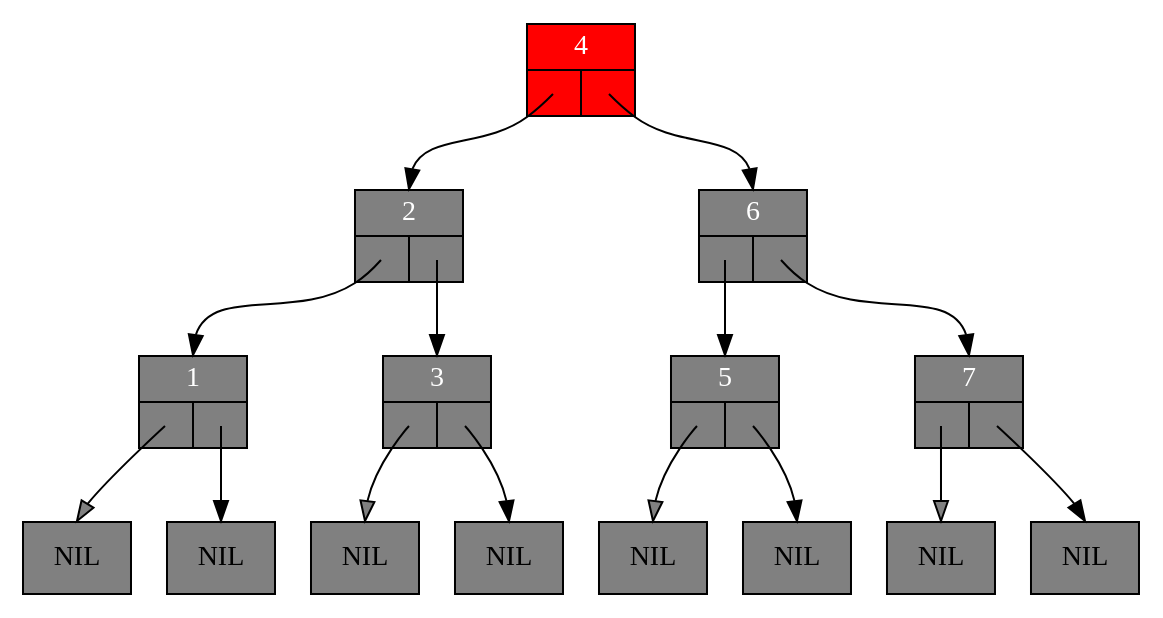
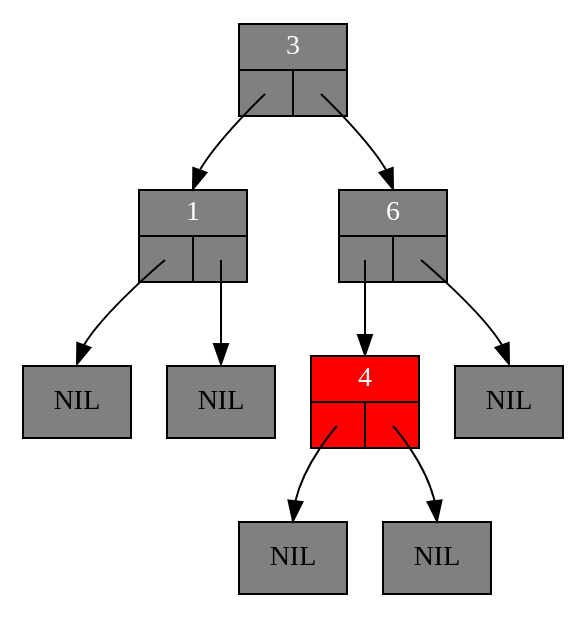
One commit to NOTuglyduckling/C changed the diagram in Algo3/base_code_lab6/Code/thetree-3.dot. Above: the diagram before and after it, drawn with Graphviz. The commit also changed 66 other files, not shown here.

```diff
--- a/Algo3/base_code_lab6/Code/thetree-3.dot
+++ b/Algo3/base_code_lab6/Code/thetree-3.dot
@@ -1,35 +1,23 @@
 digraph RedBlackTree {
 	graph [ranksep=0.5];
 	node [shape = record];
 
 	n1 [style=filled, fillcolor=grey, fontcolor=white, label="{1|{<left>|<right>}}"];
 	lnil1 [style=filled, fillcolor=grey, label="NIL"];
-	n1:left:c -> lnil1:n [fillcolor=grey, headclip=false, tailclip=false]
+	n1:left:c -> lnil1:n [headclip=false, tailclip=false]
 	rnil1 [style=filled, fillcolor=grey, label="NIL"];
 	n1:right:c -> rnil1:n [headclip=false, tailclip=false]
-	n2 [style=filled, fillcolor=grey, fontcolor=white, label="{2|{<left>|<right>}}"];
-	n2:left:c -> n1:n [headclip=false, tailclip=false]
-	n2:right:c -> n3:n [headclip=false, tailclip=false]
 	n3 [style=filled, fillcolor=grey, fontcolor=white, label="{3|{<left>|<right>}}"];
-	lnil3 [style=filled, fillcolor=grey, label="NIL"];
-	n3:left:c -> lnil3:n [fillcolor=grey, headclip=false, tailclip=false]
-	rnil3 [style=filled, fillcolor=grey, label="NIL"];
-	n3:right:c -> rnil3:n [headclip=false, tailclip=false]
+	n3:left:c -> n1:n [headclip=false, tailclip=false]
+	n3:right:c -> n6:n [headclip=false, tailclip=false]
 	n4 [style=filled, fillcolor=red, fontcolor=white, label="{4|{<left>|<right>}}"];
-	n4:left:c -> n2:n [headclip=false, tailclip=false]
-	n4:right:c -> n6:n [headclip=false, tailclip=false]
-	n5 [style=filled, fillcolor=grey, fontcolor=white, label="{5|{<left>|<right>}}"];
-	lnil5 [style=filled, fillcolor=grey, label="NIL"];
-	n5:left:c -> lnil5:n [fillcolor=grey, headclip=false, tailclip=false]
-	rnil5 [style=filled, fillcolor=grey, label="NIL"];
-	n5:right:c -> rnil5:n [headclip=false, tailclip=false]
+	lnil4 [style=filled, fillcolor=grey, label="NIL"];
+	n4:left:c -> lnil4:n [headclip=false, tailclip=false]
+	rnil4 [style=filled, fillcolor=grey, label="NIL"];
+	n4:right:c -> rnil4:n [headclip=false, tailclip=false]
 	n6 [style=filled, fillcolor=grey, fontcolor=white, label="{6|{<left>|<right>}}"];
-	n6:left:c -> n5:n [headclip=false, tailclip=false]
-	n6:right:c -> n7:n [headclip=false, tailclip=false]
-	n7 [style=filled, fillcolor=grey, fontcolor=white, label="{7|{<left>|<right>}}"];
-	lnil7 [style=filled, fillcolor=grey, label="NIL"];
-	n7:left:c -> lnil7:n [fillcolor=grey, headclip=false, tailclip=false]
-	rnil7 [style=filled, fillcolor=grey, label="NIL"];
-	n7:right:c -> rnil7:n [headclip=false, tailclip=false]
+	n6:left:c -> n4:n [headclip=false, tailclip=false]
+	rnil6 [style=filled, fillcolor=grey, label="NIL"];
+	n6:right:c -> rnil6:n [headclip=false, tailclip=false]
 
 }
```
